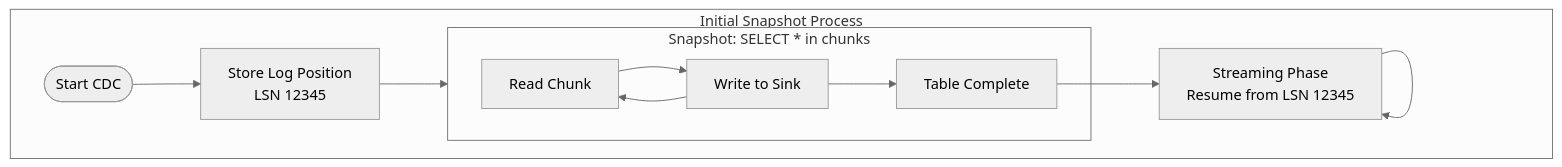
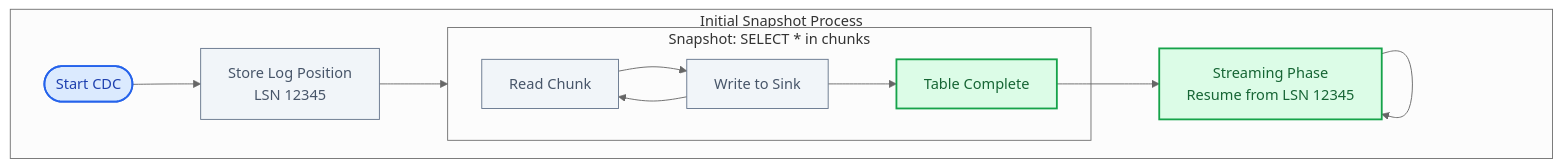
One commit to udaytamma/Cyrus changed the fifth of 7 diagrams in gemini-responses/change-data-capture-cdc-20260120-0919.md. Above: the diagram before and after it, drawn with Mermaid (neutral theme). The commit also changed other lines of this file and 28 other files, not shown here.

First line of the commit message:
Upgrade Knowledge Base Mermaid diagrams to professional styling

````diff
--- a/gemini-responses/change-data-capture-cdc-20260120-0919.md
+++ b/gemini-responses/change-data-capture-cdc-20260120-0919.md
@@ -255,16 +276,27 @@
 ```mermaid
 flowchart TB
-    subgraph "Initial Snapshot Process"
+    subgraph Snapshot["Initial Snapshot Process"]
         Start([Start CDC]) --> Store["Store Log Position<br/>LSN 12345"]
-        Store --> Snap["Snapshot Phase"]
+        Store --> SnapPhase["Snapshot Phase"]
 
-        subgraph Snap["Snapshot: SELECT * in chunks"]
-            Read[Read Chunk] --> Write[Write to Sink]
-            Write --> Read
-            Write --> Done[Table Complete]
+        subgraph SnapPhase["Snapshot: SELECT * in chunks"]
+            Read[Read Chunk] --> WriteChunk[Write to Sink]
+            WriteChunk --> Read
+            WriteChunk --> Done[Table Complete]
         end
 
         Done --> Stream["Streaming Phase<br/>Resume from LSN 12345"]
         Stream --> Stream
     end
+
+    classDef primary fill:#dbeafe,stroke:#2563eb,color:#1e40af,stroke-width:2px
+    classDef success fill:#dcfce7,stroke:#16a34a,color:#166534,stroke-width:2px
+    classDef warning fill:#fef3c7,stroke:#d97706,color:#92400e,stroke-width:2px
+    classDef neutral fill:#f1f5f9,stroke:#64748b,color:#475569,stroke-width:1px
+
+    class Start primary
+    class Store neutral
+    class Read,WriteChunk neutral
+    class Done success
+    class Stream success
 ```
````
